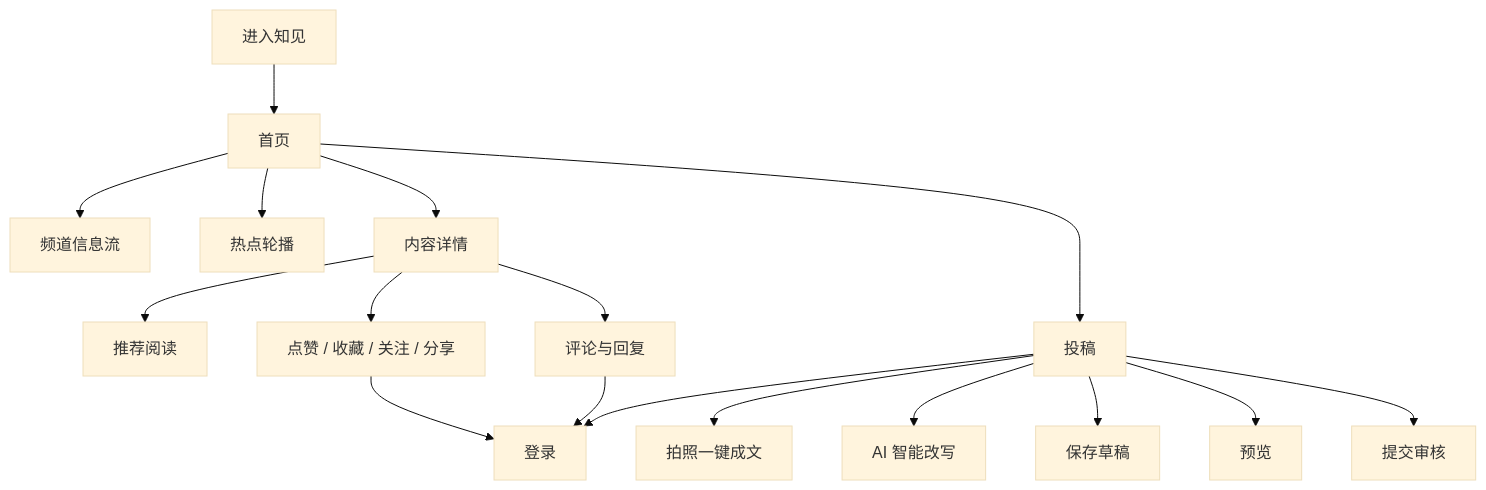
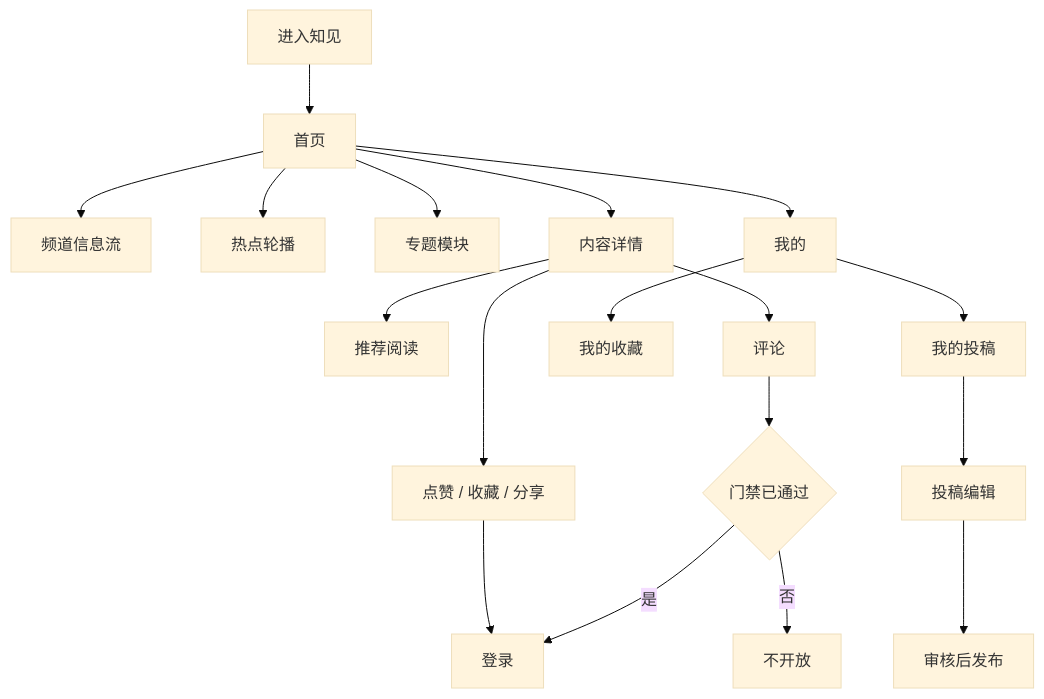
Before and after one commit to FerrariZhu/zhijian: the diagram in PRD.md, drawn with Mermaid (base theme). The commit also changed other lines of this file and 37 other files, not shown here.

````diff
--- a/PRD.md
+++ b/PRD.md
@@ -143,22 +127,22 @@
 ```mermaid
 flowchart TB
     Entry[进入知见] --> Home[首页]
     Home --> Channel[频道信息流]
     Home --> Hot[热点轮播]
+    Home --> Topics[专题模块]
     Home --> Detail[内容详情]
 
     Detail --> Recommend[推荐阅读]
-    Detail --> Comment[评论与回复]
-    Detail --> Interaction[点赞 / 收藏 / 关注 / 分享]
+    Detail --> Dock[点赞 / 收藏 / 分享]
+    Dock --> Login[登录]
+    Detail --> Comment[评论]
+    Comment --> Gate{门禁已通过}
+    Gate -->|否| Hidden[不开放]
+    Gate -->|是| Login
 
-    Home --> Submit[投稿]
-    Submit --> PhotoAI[拍照一键成文]
-    Submit --> RewriteAI[AI 智能改写]
-    Submit --> Draft[保存草稿]
-    Submit --> Preview[预览]
-    Submit --> Review[提交审核]
-
-    Interaction --> Login[登录]
-    Comment --> Login
-    Submit --> Login
+    Home --> Mine[我的]
+    Mine --> Favorites[我的收藏]
+    Mine --> Submissions[我的投稿]
+    Submissions --> Submit[投稿编辑]
+    Submit --> Review[审核后发布]
 ```
````
